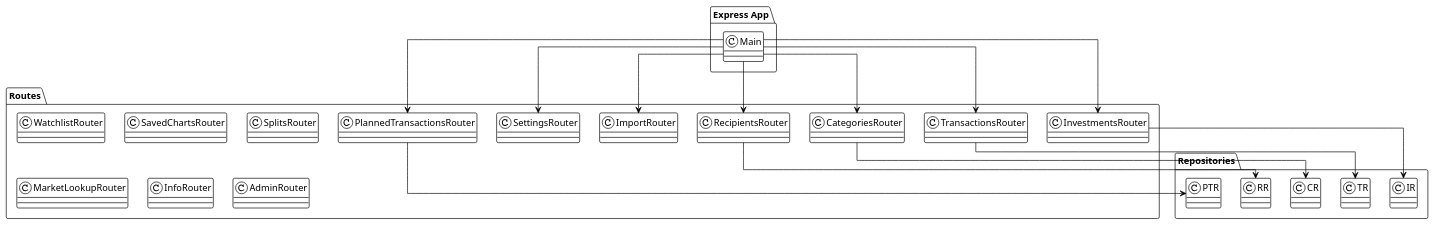
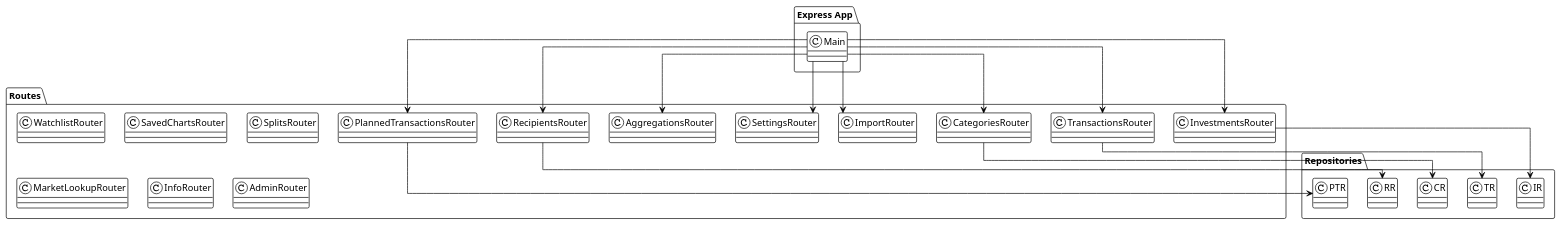
One commit to EraPartner/Vision changed the fourth of 14 diagrams in docs/architecture/backend-architecture.md. Above: the diagram before and after it, drawn with PlantUML. The commit also changed other lines of this file and 129 other files, not shown here.

````diff
--- a/docs/architecture/backend-architecture.md
+++ b/docs/architecture/backend-architecture.md
@@ -356,51 +412,53 @@
 ```plantuml
 @startuml
 !theme plain
 skinparam linetype ortho
 skinparam nodesep 30
 skinparam ranksep 50
 
 package "Express App" {
   class Main
 }
 
 package "Routes" {
   class TransactionsRouter
   class CategoriesRouter
   class RecipientsRouter
   class PlannedTransactionsRouter
   class InvestmentsRouter
   class ImportRouter
   class SettingsRouter
   class WatchlistRouter
   class SavedChartsRouter
   class SplitsRouter
   class MarketLookupRouter
+  class AggregationsRouter
   class InfoRouter
   class AdminRouter
 }
 
 package "Repositories" {
   class TR
   class CR
   class RR
   class PTR
   class IR
 }
 
 Main --> TransactionsRouter
 Main --> CategoriesRouter
 Main --> RecipientsRouter
 Main --> PlannedTransactionsRouter
 Main --> InvestmentsRouter
 Main --> ImportRouter
 Main --> SettingsRouter
+Main --> AggregationsRouter
 
 TransactionsRouter --> TR
 CategoriesRouter --> CR
 RecipientsRouter --> RR
 PlannedTransactionsRouter --> PTR
 InvestmentsRouter --> IR
 
 @enduml
 ```
````
